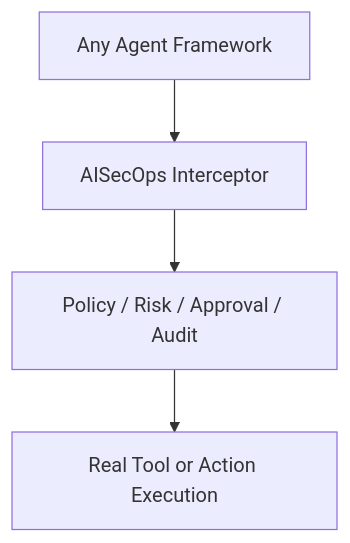
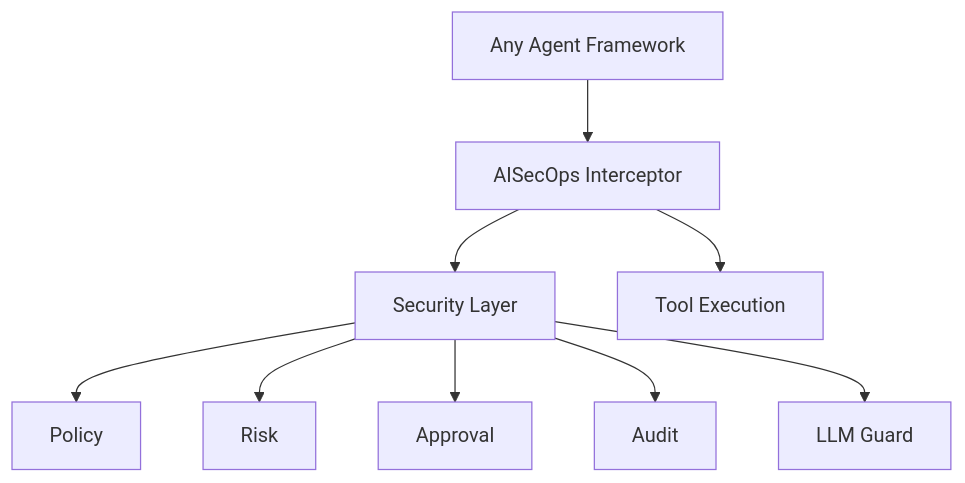
One commit to viplavfauzdar/aisecops-interceptor changed the fifth of 5 diagrams in README.md. Above: the diagram before and after it, drawn with Mermaid. The commit also changed other lines of this file and 25 other files, not shown here.

Commit message:
added llm and guard and tests

````diff
--- a/README.md
+++ b/README.md
@@ -191,6 +308,18 @@
 ```mermaid
 flowchart TD
-    A[Any Agent Framework] --> B[AISecOps Interceptor]
-    B --> C[Policy / Risk / Approval / Audit]
-    C --> D[Real Tool or Action Execution]
+
+A[Any Agent Framework]
+
+A --> B[AISecOps Interceptor]
+
+B --> C[Security Layer]
+
+C --> D[Policy]
+C --> E[Risk]
+C --> F[Approval]
+C --> G[Audit]
+
+C --> H[LLM Guard]
+
+B --> I[Tool Execution]
 ```
````
